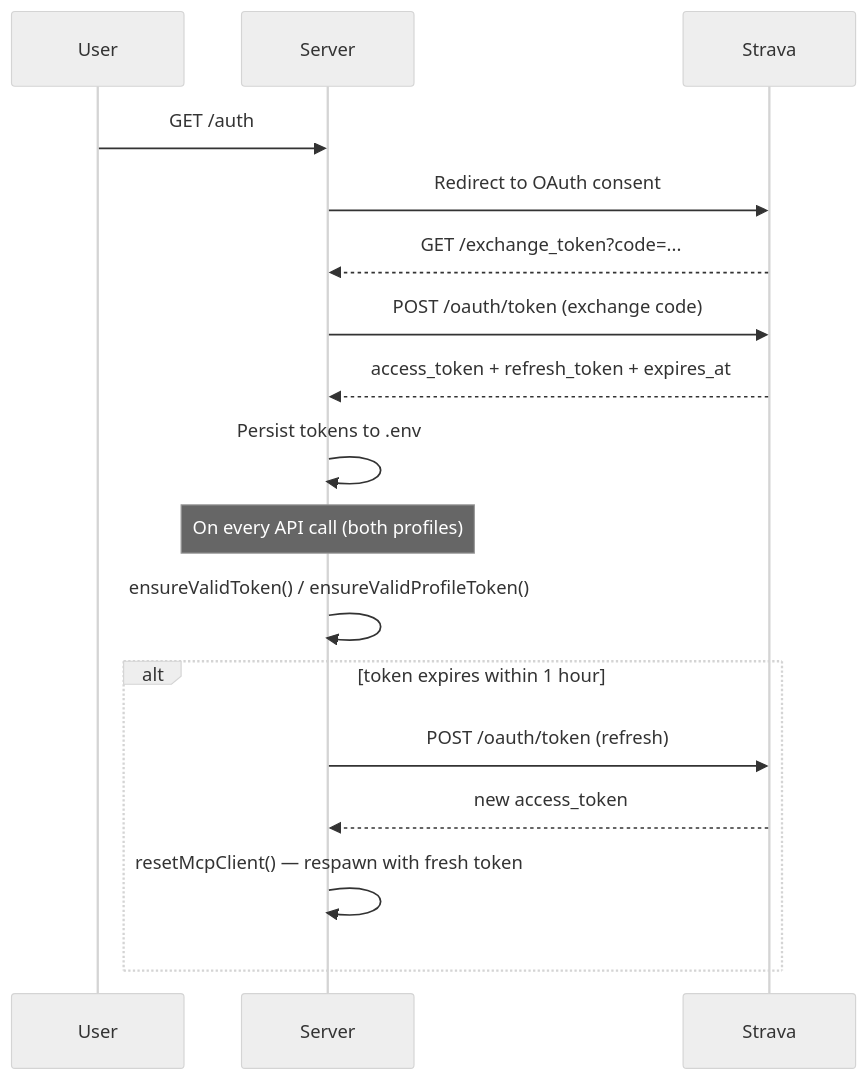
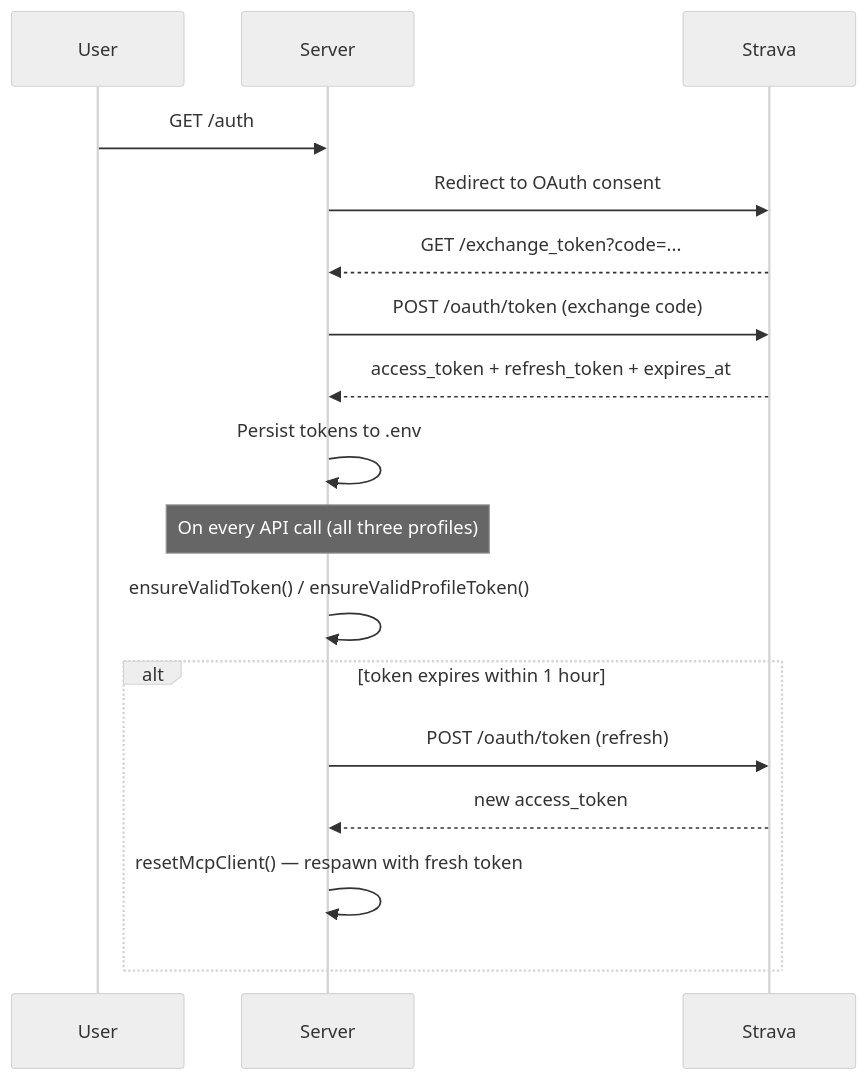
The sixth of 6 diagrams in README.md (bhuvighosh3/HealthAnalyser), drawn with Mermaid (neutral theme) before and after one commit. The commit also changed other lines of this file, not shown here.

````diff
--- a/README.md
+++ b/README.md
@@ -230,21 +229,21 @@
 ```mermaid
 sequenceDiagram
     participant User
     participant Server
     participant Strava
 
     User->>Server: GET /auth
     Server->>Strava: Redirect to OAuth consent
     Strava-->>Server: GET /exchange_token?code=...
     Server->>Strava: POST /oauth/token (exchange code)
     Strava-->>Server: access_token + refresh_token + expires_at
     Server->>Server: Persist tokens to .env
 
-    Note over Server: On every API call (both profiles)
+    Note over Server: On every API call (all three profiles)
     Server->>Server: ensureValidToken() / ensureValidProfileToken()
     alt token expires within 1 hour
         Server->>Strava: POST /oauth/token (refresh)
         Strava-->>Server: new access_token
         Server->>Server: resetMcpClient() — respawn with fresh token
     end
 ```
````
